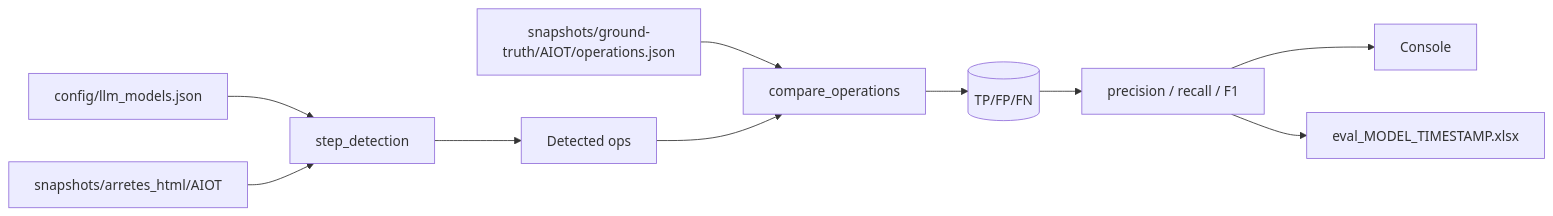
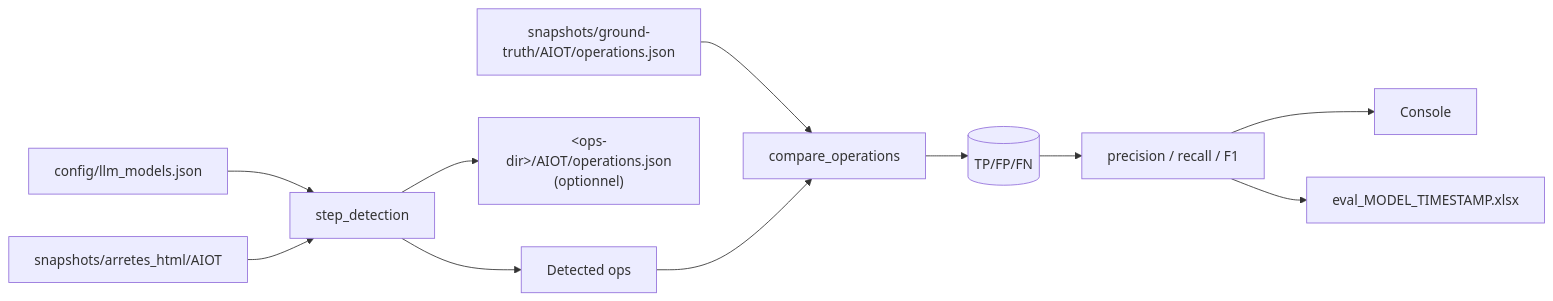
The diagram in docs/evaluation.md (mte-dgpr/ocapi), drawn with Mermaid before and after one commit. The commit also changed other lines of this file and 3 other files, not shown here.

````diff
--- a/docs/evaluation.md
+++ b/docs/evaluation.md
@@ -21,12 +21,13 @@
 ```mermaid
 flowchart LR
   models[config/llm_models.json] --> det[step_detection]
   html[snapshots/arretes_html/AIOT] --> det
   det --> dops[Detected ops]
+  det --> opsfile["&lt;ops-dir&gt;/AIOT/operations.json\n(optionnel)"]
   gt[snapshots/ground-truth/AIOT/operations.json] --> cmp[compare_operations]
   dops --> cmp
   cmp --> tp[(TP/FP/FN)]
   tp --> scores[precision / recall / F1]
   scores --> stdout[Console]
   scores --> xlsx[eval_MODEL_TIMESTAMP.xlsx]
 ```
````
